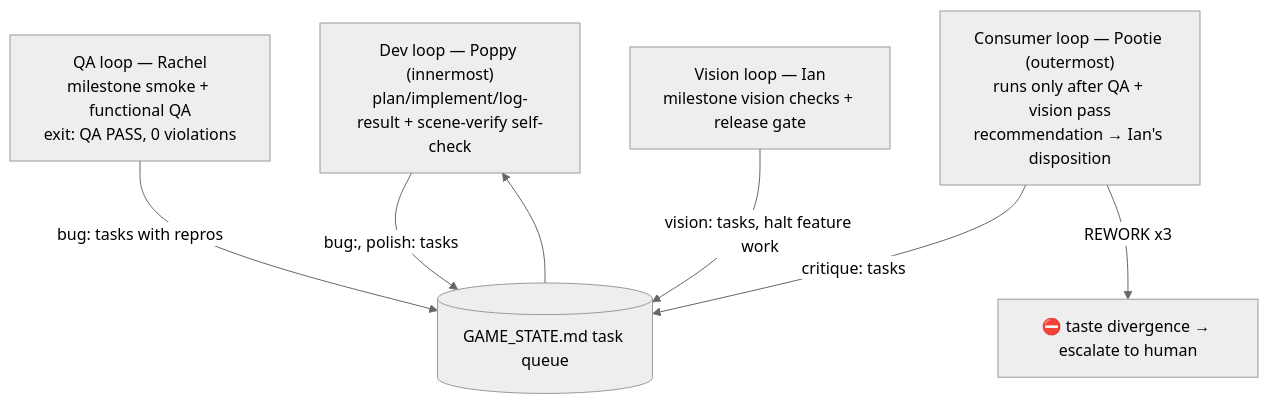
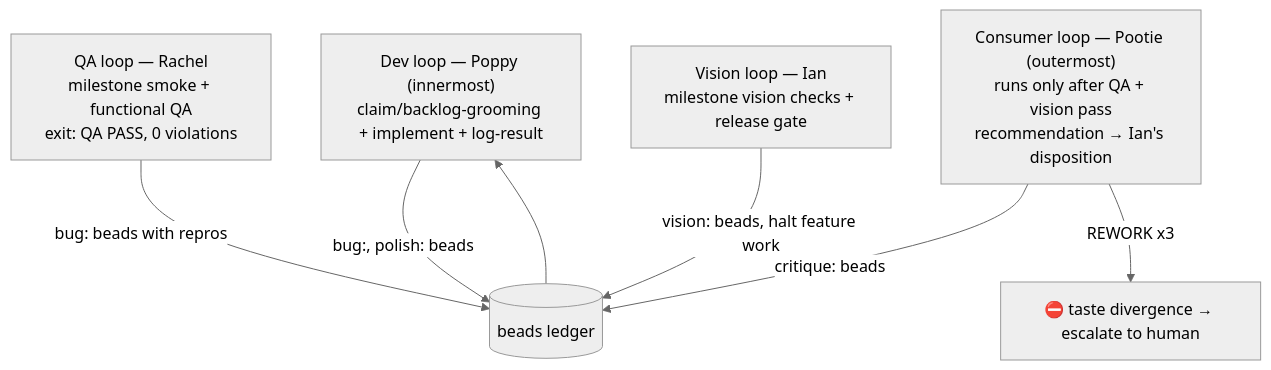
Before and after one commit to mcanevet/MythicQuest: the diagram in agents/build.md, drawn with Mermaid (neutral theme). The commit also changed other lines of this file and 29 other files, not shown here.

First line of the commit message:
Migrate task tracking from GAME_STATE.md to beads ledger

````diff
--- a/agents/build.md
+++ b/agents/build.md
@@ -71,13 +101,13 @@
 ```mermaid
 flowchart TB
-    Dev["Dev loop — Poppy (innermost)<br/>plan/implement/log-result + scene-verify self-check"]
-    Dev -->|"bug:, polish: tasks"| Queue[("GAME_STATE.md task queue")]
+    Dev["Dev loop — Poppy (innermost)<br/>claim/backlog-grooming + implement + log-result"]
+    Dev -->|"bug:, polish: beads"| Queue[("beads ledger")]
     QA["QA loop — Rachel<br/>milestone smoke + functional QA<br/>exit: QA PASS, 0 violations"]
-    QA -->|"bug: tasks with repros"| Queue
+    QA -->|"bug: beads with repros"| Queue
     Vision["Vision loop — Ian<br/>milestone vision checks + release gate"]
-    Vision -->|"vision: tasks, halt feature work"| Queue
+    Vision -->|"vision: beads, halt feature work"| Queue
     Consumer["Consumer loop — Pootie (outermost)<br/>runs only after QA + vision pass<br/>recommendation → Ian's disposition"]
-    Consumer -->|"critique: tasks"| Queue
+    Consumer -->|"critique: beads"| Queue
     Consumer -->|"REWORK x3"| Human["⛔ taste divergence → escalate to human"]
     Queue --> Dev
 ```
````
